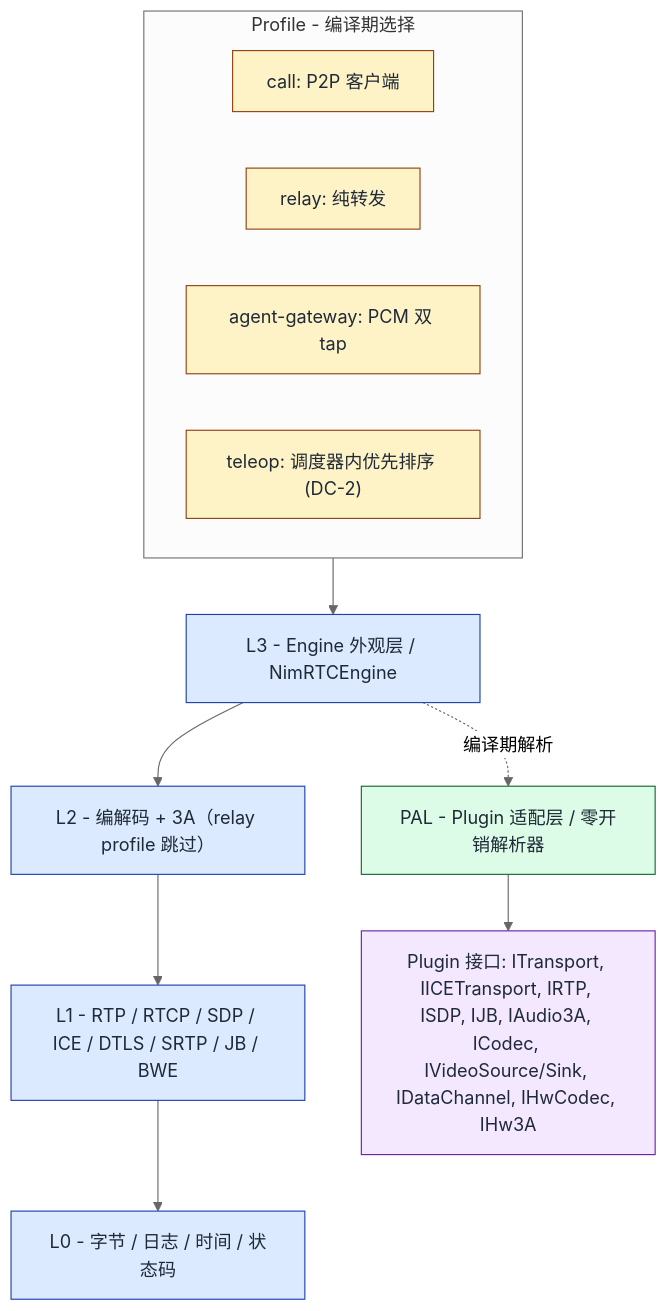
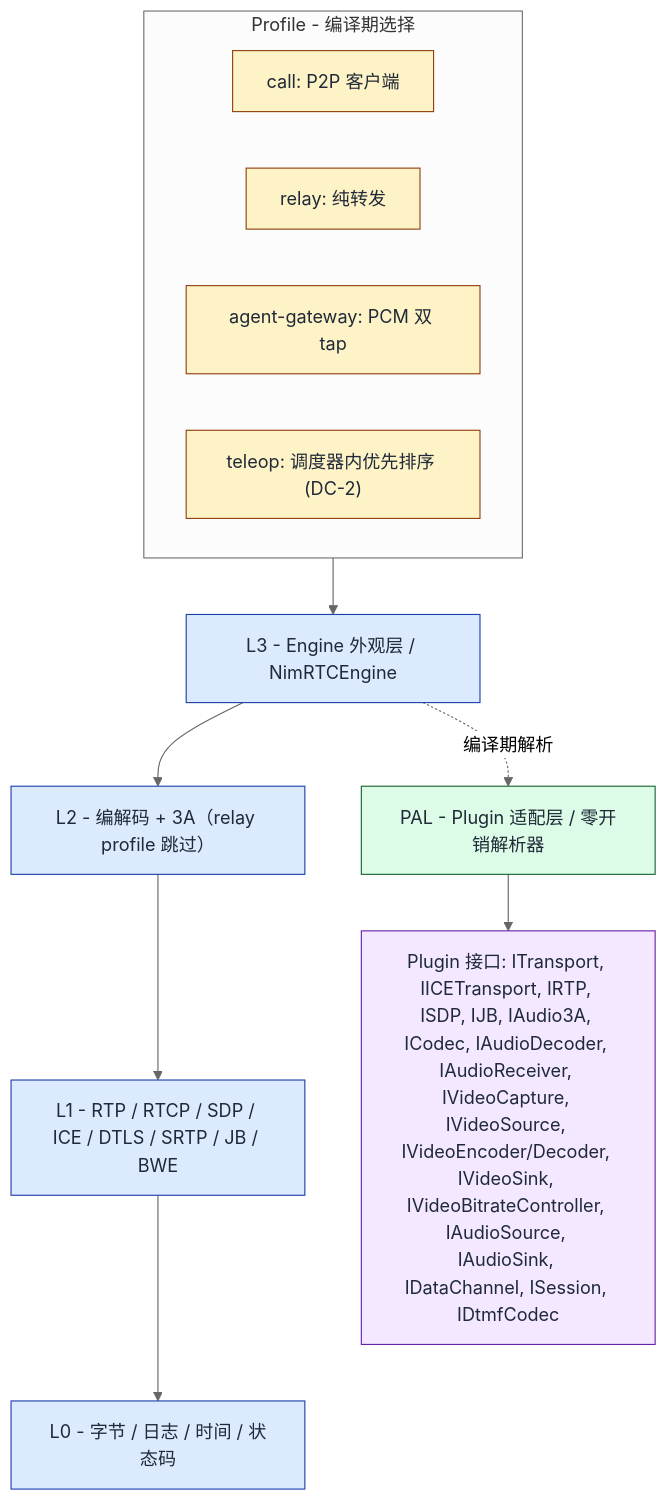
The diagram in README.zh.md (NimRTC/nimrtc), drawn with Mermaid (neutral theme) before and after one commit. The commit also changed other lines of this file and 42 other files, not shown here.

First line of the commit message:
feat(assembly): the remote-desktop profile, the v1.2 schema and the signalling guide

````diff
--- a/README.zh.md
+++ b/README.zh.md
@@ -347,26 +358,26 @@
 ```mermaid
 flowchart TB
     subgraph PROF["Profile - 编译期选择"]
         P1["call: P2P 客户端"]
         P2["relay: 纯转发"]
         P3["agent-gateway: PCM 双 tap"]
         P4["teleop: 调度器内优先排序 (DC-2)"]
     end
 
     PROF --> L3
     L3["L3 - Engine 外观层 / NimRTCEngine"] --> L2["L2 - 编解码 + 3A（relay profile 跳过）"]
     L2 --> L1["L1 - RTP / RTCP / SDP / ICE / DTLS / SRTP / JB / BWE"]
     L1 --> L0["L0 - 字节 / 日志 / 时间 / 状态码"]
 
     L3 -. 编译期解析 .-> PAL["PAL - Plugin 适配层 / 零开销解析器"]
-    PAL --> PLG["Plugin 接口: ITransport, IICETransport, IRTP, ISDP, IJB, IAudio3A, ICodec, IVideoSource/Sink, IDataChannel, IHwCodec, IHw3A"]
+    PAL --> PLG["Plugin 接口: ITransport, IICETransport, IRTP, ISDP, IJB, IAudio3A, ICodec, IAudioDecoder, IAudioReceiver, IVideoCapture, IVideoSource, IVideoEncoder/Decoder, IVideoSink, IVideoBitrateController, IAudioSource, IAudioSink, IDataChannel, ISession, IDtmfCodec"]
 
     classDef profile fill:#fef3c7,stroke:#92400e,color:#1f2937
     classDef layer   fill:#dbeafe,stroke:#1e40af,color:#1f2937
     classDef pal     fill:#dcfce7,stroke:#166534,color:#1f2937
     classDef plugin  fill:#f3e8ff,stroke:#6b21a8,color:#1f2937
     class P1,P2,P3,P4 profile
     class L0,L1,L2,L3 layer
     class PAL pal
     class PLG plugin
 ```
````
